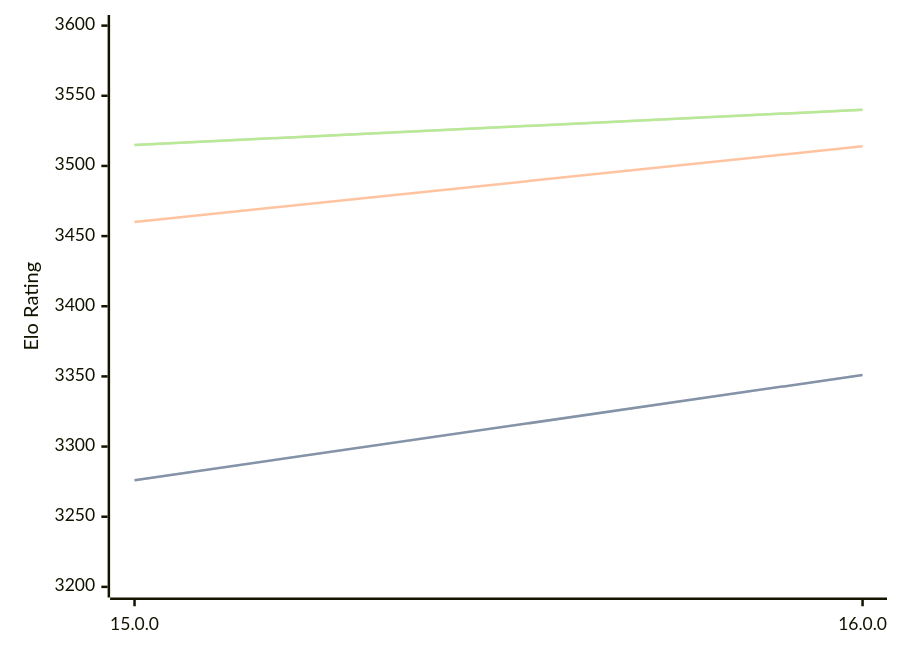
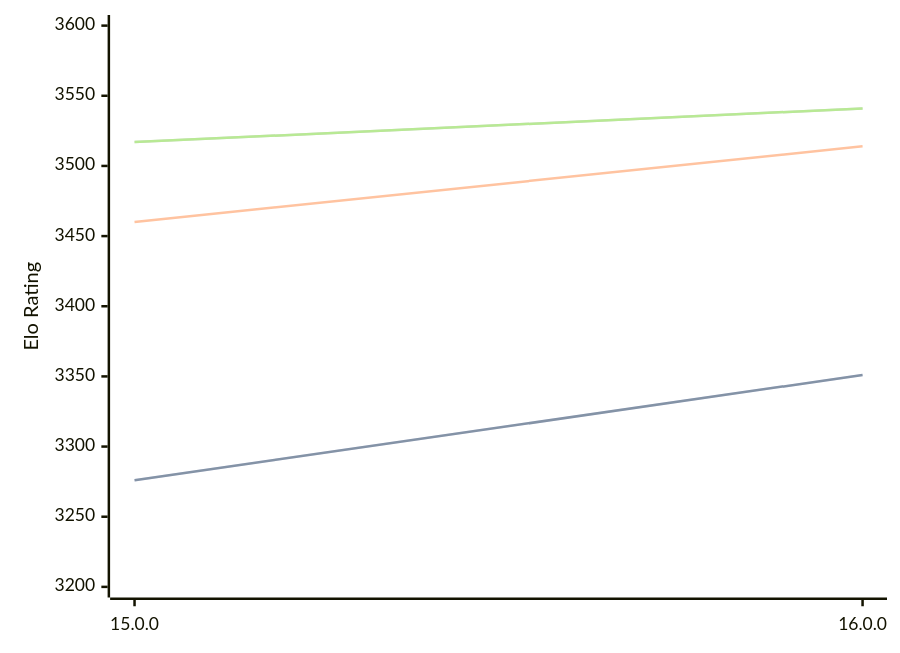
The diagram in engines/Halogen.md (computer-chess-index/cci), drawn with Mermaid before and after one commit. The commit also changed other lines of this file, not shown here.

Commit message:
Update CCI Ratings (ELO VLTC) - 2026-08-17

````diff
--- a/engines/Halogen.md
+++ b/engines/Halogen.md
@@ -32,11 +32,11 @@
 ```mermaid
 %%{init: {"theme":"base","themeVariables":{"seriesColors:['#a3a3a3','#222221','#faa371']}}}%%
 xychart-beta
   x-axis ["15.0.0", "16.0.0"]
   y-axis "Elo Rating" 3200 --> 3600
   line "STC (8.0+0.08s)" [3276, 3351]
   line "STC (8.0+0.08s)" [3276, 3351]
   line "LTC (60.0+0.60s)" [3460, 3514]
-  line "VLTC (2m24s+1.12s)" [3515, 3540]
-  line "VLTC (2m24s+1.12s)" [3515, 3540]
+  line "VLTC (2m24s+1.12s)" [3517, 3541]
+  line "VLTC (2m24s+1.12s)" [3517, 3541]
 ```
````
